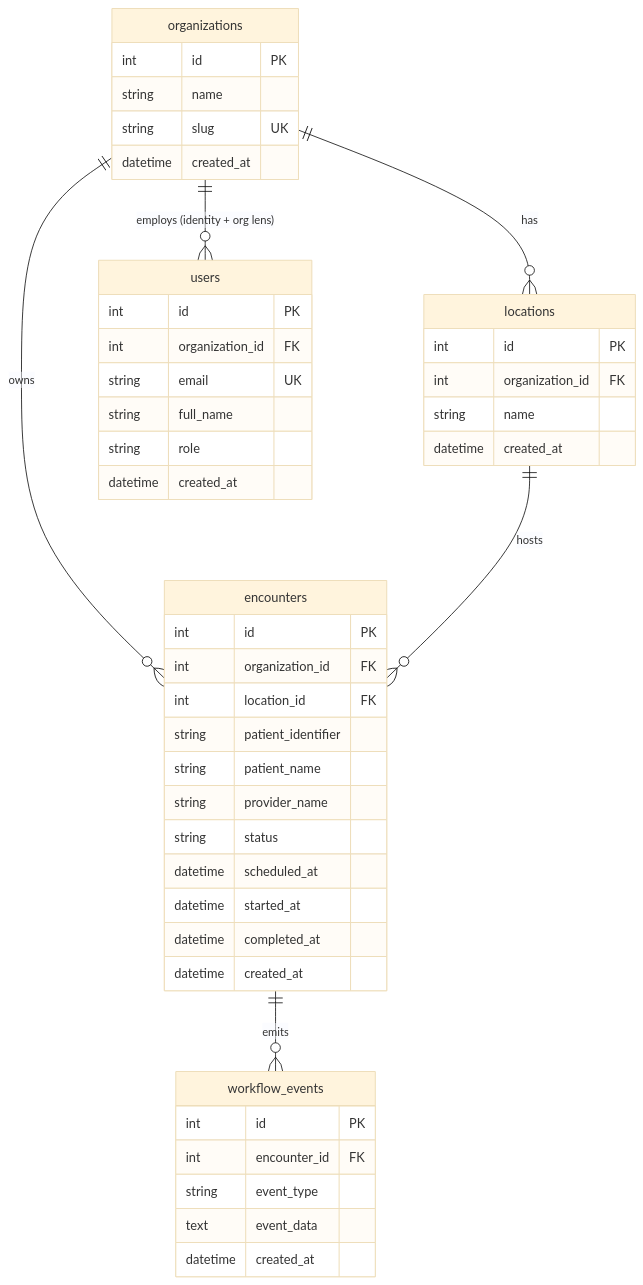
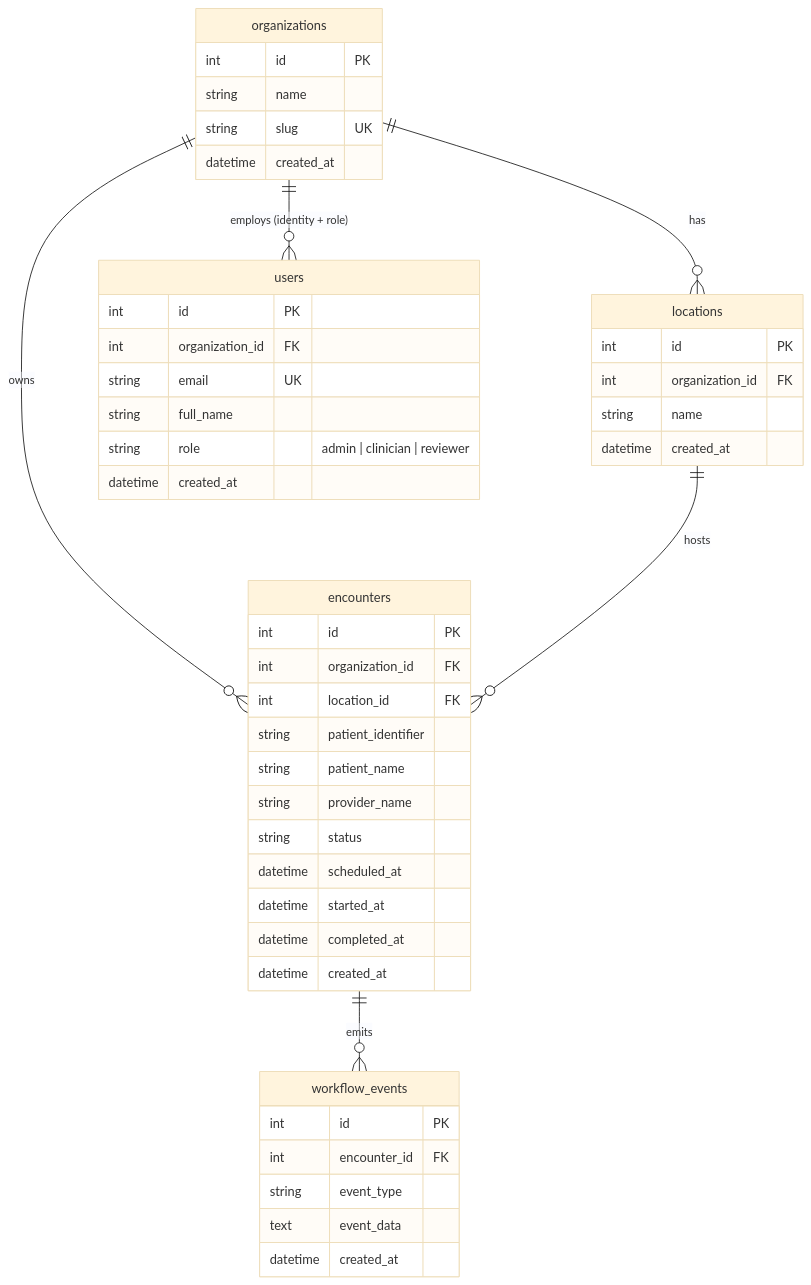
Before and after one commit to thekidd2227/chartnav-platform: the diagram in docs/diagrams/er-diagram.md, drawn with Mermaid (base theme). The commit also changed other lines of this file and 22 other files, not shown here.

````diff
--- a/docs/diagrams/er-diagram.md
+++ b/docs/diagrams/er-diagram.md
@@ -3,49 +3,49 @@
 ```mermaid
 erDiagram
   organizations ||--o{ locations        : "has"
-  organizations ||--o{ users            : "employs (identity + org lens)"
+  organizations ||--o{ users            : "employs (identity + role)"
   organizations ||--o{ encounters       : "owns"
   locations     ||--o{ encounters       : "hosts"
   encounters    ||--o{ workflow_events  : "emits"
 
   organizations {
     int id PK
     string name
     string slug UK
     datetime created_at
   }
   locations {
     int id PK
     int organization_id FK
     string name
     datetime created_at
   }
   users {
     int id PK
     int organization_id FK
     string email UK
     string full_name
-    string role
+    string role "admin | clinician | reviewer"
     datetime created_at
   }
   encounters {
     int id PK
     int organization_id FK
     int location_id FK
     string patient_identifier
     string patient_name
     string provider_name
     string status
     datetime scheduled_at
     datetime started_at
     datetime completed_at
     datetime created_at
   }
   workflow_events {
     int id PK
     int encounter_id FK
     string event_type
     text event_data
     datetime created_at
   }
 ```
````
